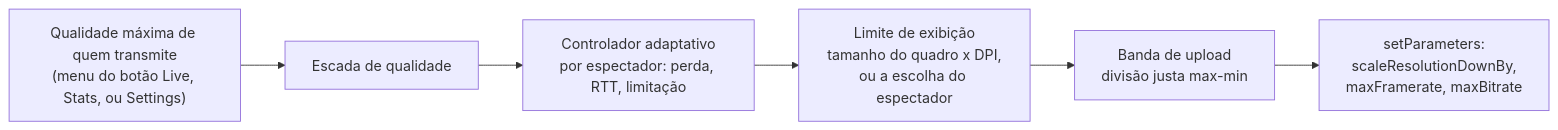
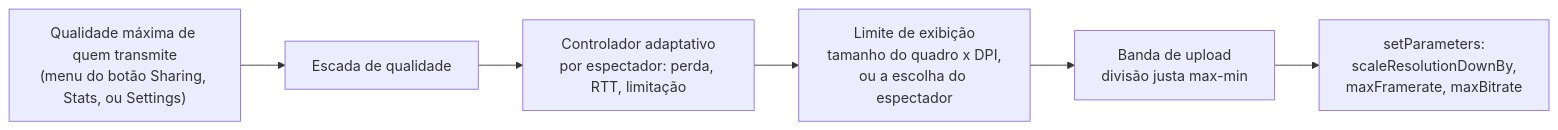
The third of 6 diagrams in docs/pt-BR/media-pipeline.md (nsfxu/lan-screenshare), drawn with Mermaid before and after one commit. The commit also changed other lines of this file and 13 other files, not shown here.

````diff
--- a/docs/pt-BR/media-pipeline.md
+++ b/docs/pt-BR/media-pipeline.md
@@ -107,8 +107,8 @@
 ```mermaid
 flowchart LR
-  A["Qualidade máxima de quem transmite<br/>(menu do botão Live, Stats, ou Settings)"] --> L["Escada de qualidade"]
+  A["Qualidade máxima de quem transmite<br/>(menu do botão Sharing, Stats, ou Settings)"] --> L["Escada de qualidade"]
   L --> B["Controlador adaptativo<br/>por espectador: perda, RTT, limitação"]
   B --> C["Limite de exibição<br/>tamanho do quadro x DPI,<br/>ou a escolha do espectador"]
   C --> D["Banda de upload<br/>divisão justa max-min"]
   D --> E["setParameters:<br/>scaleResolutionDownBy,<br/>maxFramerate, maxBitrate"]
 ```
````
